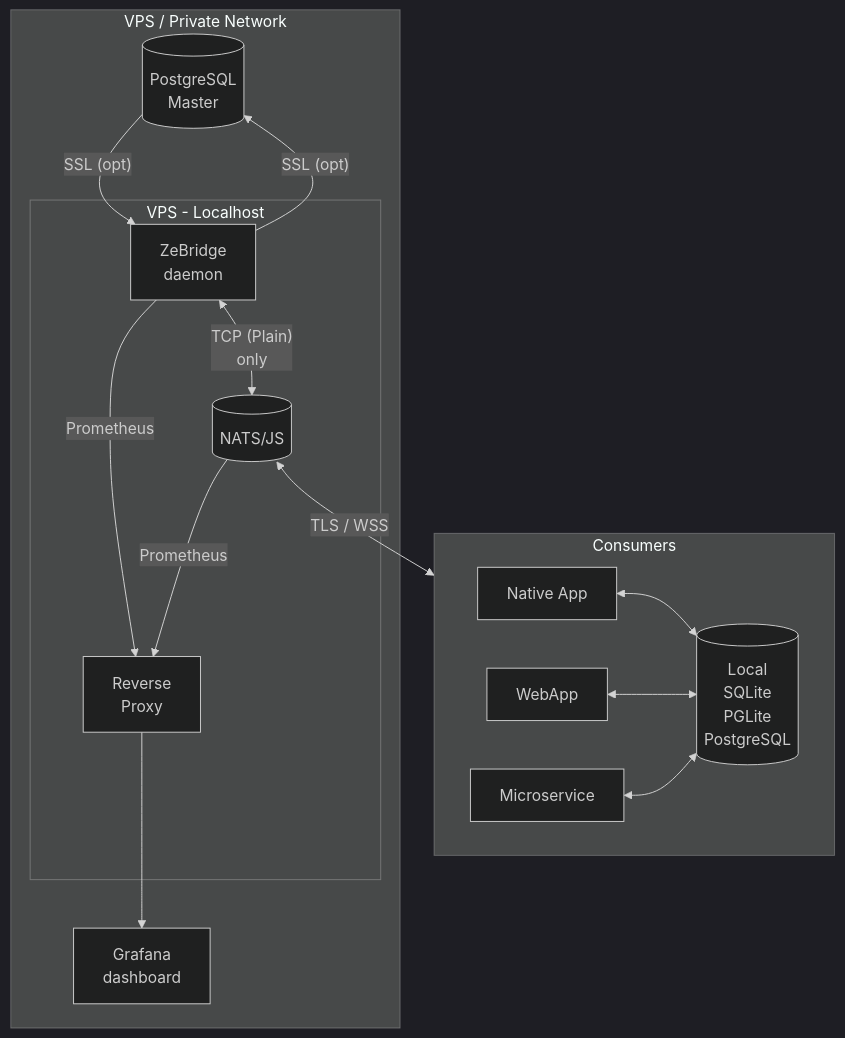
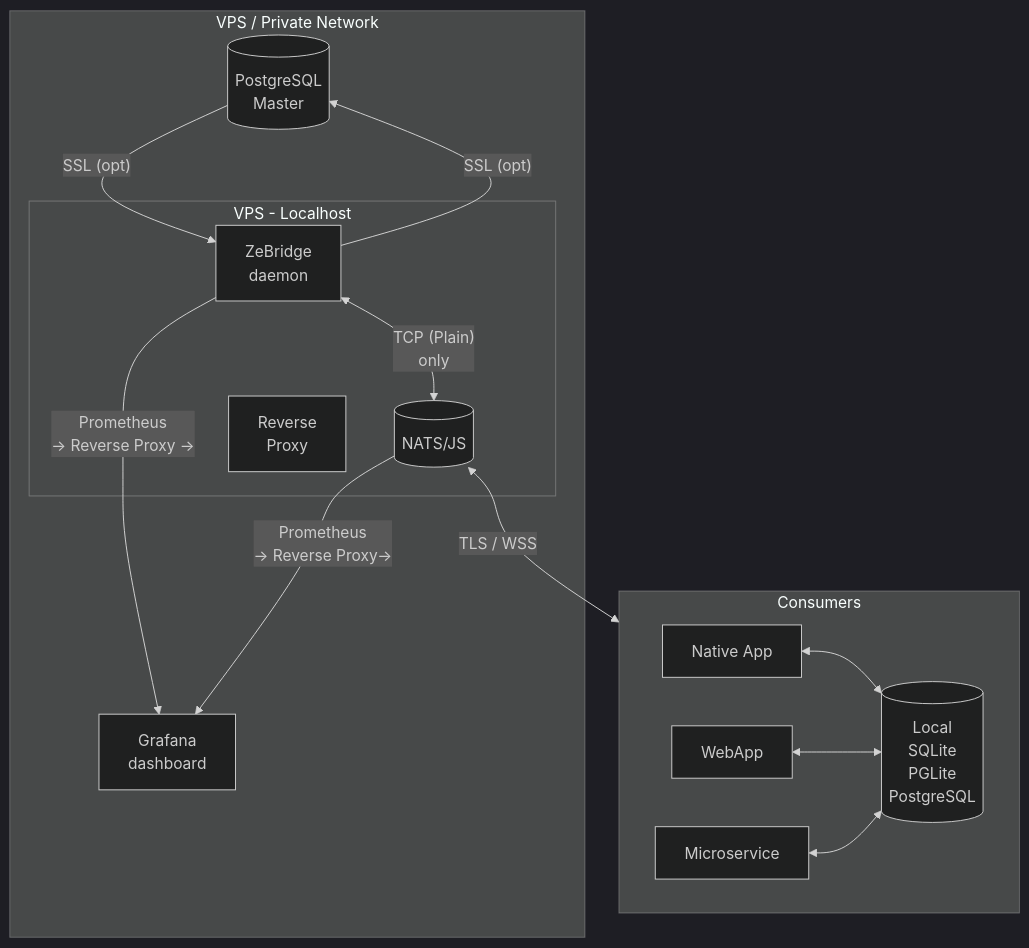
Before and after one commit to ndrean/ZeBridge: the first of 2 diagrams in README.md, drawn with Mermaid (dark theme).

````diff
--- a/README.md
+++ b/README.md
@@ -80,33 +80,32 @@
 ```mermaid
 flowchart TD
     subgraph VPS["VPS / Private Network"]
         PG[("PostgreSQL <br> Master")]
         subgraph Localhost ["VPS - Localhost"]
           Bridge["ZeBridge <br> daemon"]
           NATS[("NATS/JS")]
           RevProx["Reverse <br>Proxy"]
         end
         
         
-        Bridge -- Prometheus --> RevProx
         Grafana["Grafana <br> dashboard"]
-        RevProx -->Grafana
-        NATS -- Prometheus --> RevProx
+        Bridge -- Prometheus <br> → Reverse Proxy → --> Grafana
+        NATS -- Prometheus <br> → Reverse Proxy→ --> Grafana
 
         PG -- "SSL (opt)" --> Bridge
         Bridge -- "SSL (opt)" --> PG
         Bridge <--> |"TCP (Plain)" <br> only| NATS
     end
 
     NATS <--> |"TLS / WSS"| Consumers
 
 
     subgraph Consumers["Consumers"]
         NativeApp["Native App"]
         WebApp["WebApp"]
         Worker["Microservice"]
         NativeApp <--> Local_DB[("Local<br> SQLite <br> PGLite <br> PostgreSQL")]
         WebApp <--> Local_DB
         Worker <--> Local_DB
     end
 ```
````
